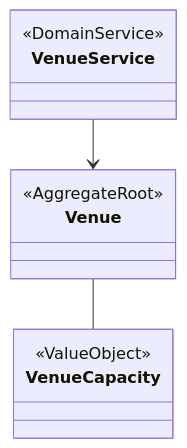
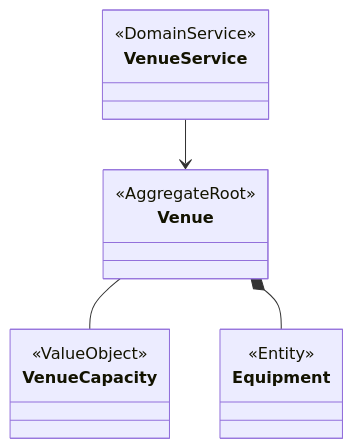
The sixth of 15 diagrams in 設計書/03_バウンデッドコンテキスト.md (NowatariSoma/tomosigoto_nou_system), drawn with Mermaid before and after one commit. The commit also changed other lines of this file and 12 other files, not shown here.

````diff
--- a/設計書/03_バウンデッドコンテキスト.md
+++ b/設計書/03_バウンデッドコンテキスト.md
@@ -216,15 +274,19 @@
 ```mermaid
 classDiagram
     class Venue {
         <<AggregateRoot>>
     }
     class VenueCapacity {
         <<ValueObject>>
     }
     class VenueService {
         <<DomainService>>
     }
+    class Equipment {
+        <<Entity>>
+    }
     
     Venue -- VenueCapacity
+    Venue *-- Equipment
     VenueService --> Venue
 ```
````
